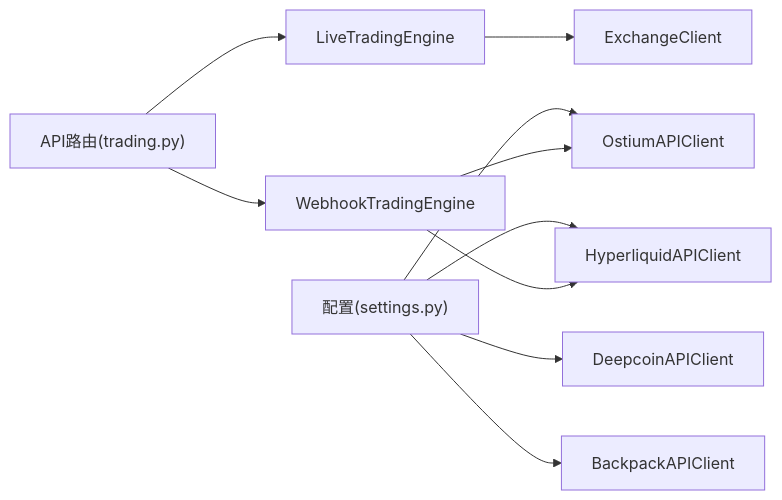
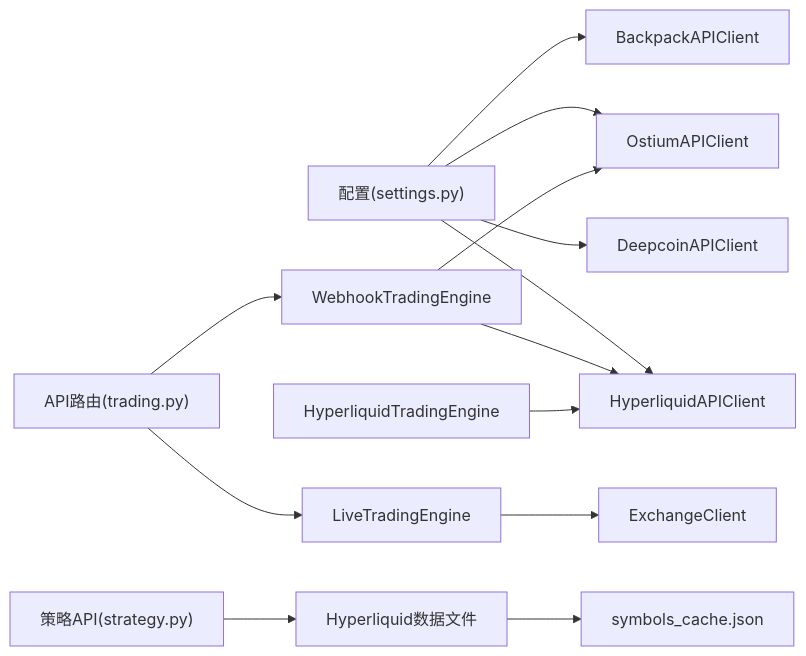
One commit to zyf266/ending changed the ninth of 9 diagrams in .qoder/repowiki/zh/content/交易所集成/交易所集成.md. Above: the diagram before and after it, drawn with Mermaid. The commit also changed other lines of this file and 40 other files, not shown here.

````diff
--- a/.qoder/repowiki/zh/content/交易所集成/交易所集成.md
+++ b/.qoder/repowiki/zh/content/交易所集成/交易所集成.md
@@ -297,12 +384,15 @@
 ```mermaid
 graph LR
 CFG["配置(settings.py)"] --> DC["DeepcoinAPIClient"]
 CFG --> HL["HyperliquidAPIClient"]
 CFG --> OS["OstiumAPIClient"]
 CFG --> BK["BackpackAPIClient"]
 LT["LiveTradingEngine"] --> EC["ExchangeClient"]
 WT["WebhookTradingEngine"] --> OS
 WT --> HL
+HLT["HyperliquidTradingEngine"] --> HL
 TR["API路由(trading.py)"] --> LT
 TR --> WT
+STR["策略API(strategy.py)"] --> CSV["Hyperliquid数据文件"]
+CSV --> SYM["symbols_cache.json"]
 ```
````
